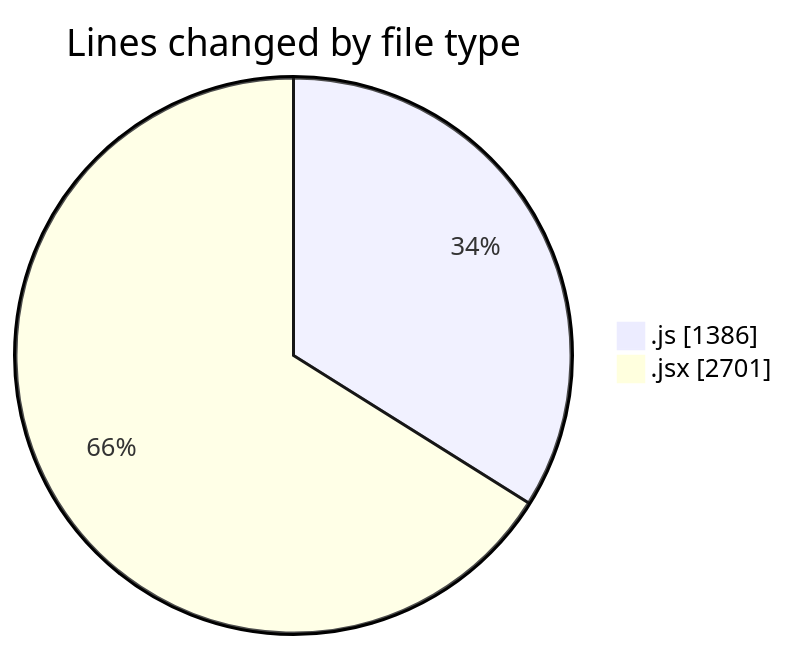
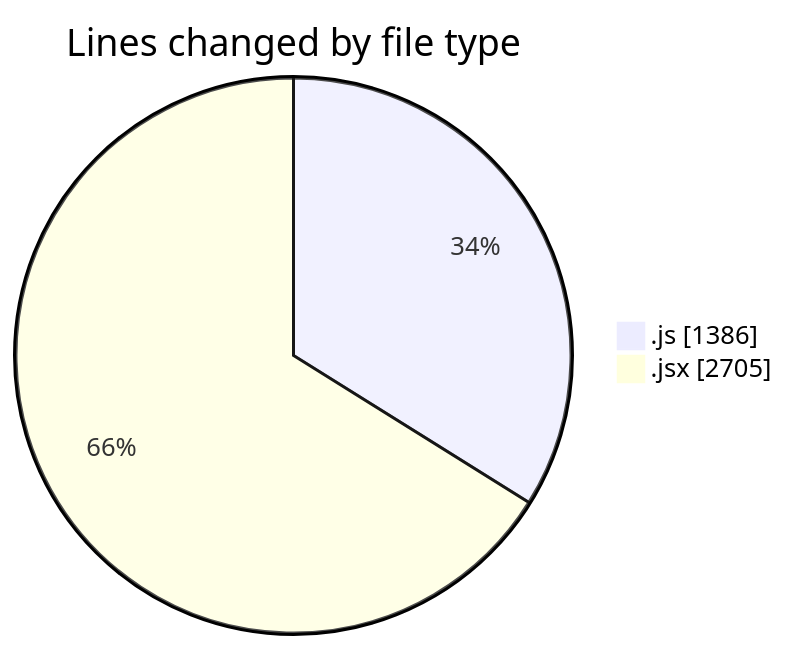
Before and after one commit to nxtqubesakshisongat/code-tracking: the first of 2 diagrams in 2025-07-29/nxtqube_webapp/README.md, drawn with Mermaid. The commit also changed other lines of this file and 1 other file, not shown here.

````diff
--- a/2025-07-29/nxtqube_webapp/README.md
+++ b/2025-07-29/nxtqube_webapp/README.md
@@ -31,6 +31,6 @@
 ```mermaid
 pie showData
 title Lines changed by file type
 ".js" : 1386
-".jsx" : 2701
+".jsx" : 2705
 ```
````
